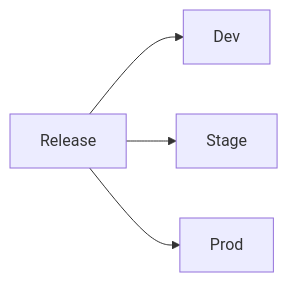
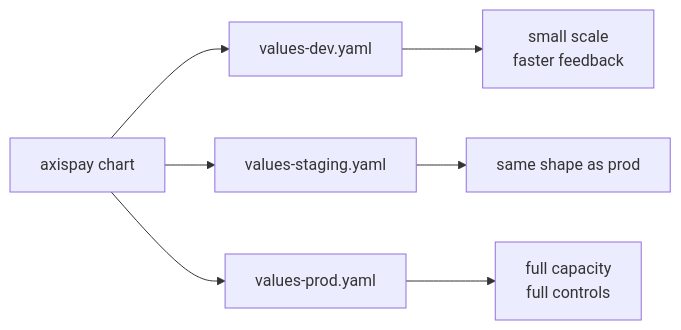
The diagram in days/day5/labs/L5.4-promotion/README.md (kumbulanit/kubernetescompr), drawn with Mermaid before and after one commit. The commit also changed other lines of this file and 26 other files, not shown here.

````diff
--- a/days/day5/labs/L5.4-promotion/README.md
+++ b/days/day5/labs/L5.4-promotion/README.md
@@ -12,6 +18,9 @@
 ```mermaid
 flowchart LR
-  Release[Release] --> Dev[Dev]
-  Release --> Stage[Stage]
-  Release --> Prod[Prod]
+  Chart[axispay chart] --> Dev[values-dev.yaml]
+  Chart --> Staging[values-staging.yaml]
+  Chart --> Prod[values-prod.yaml]
+  Dev --> Small[small scale<br/>faster feedback]
+  Staging --> Shape[same shape as prod]
+  Prod --> Strict[full capacity<br/>full controls]
 ```
````
